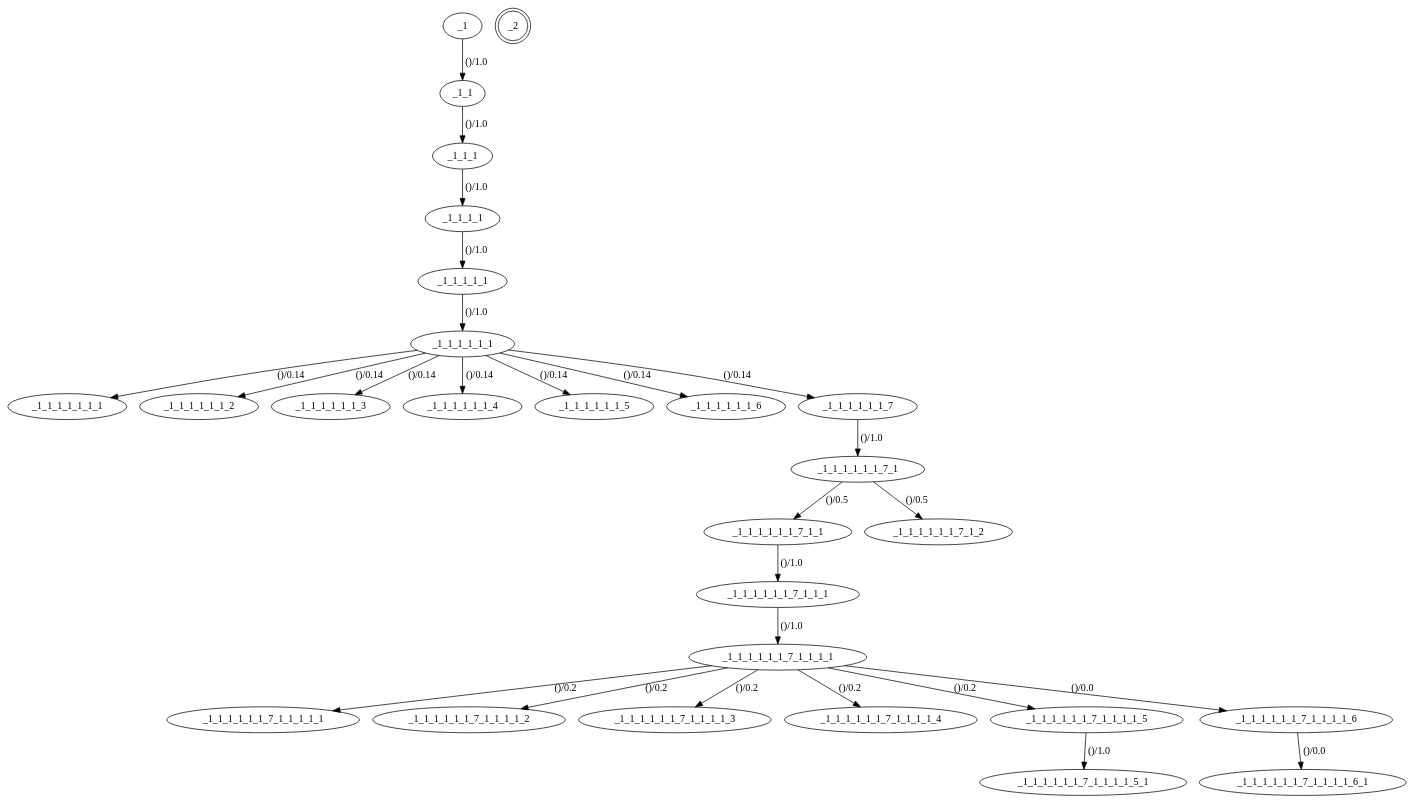
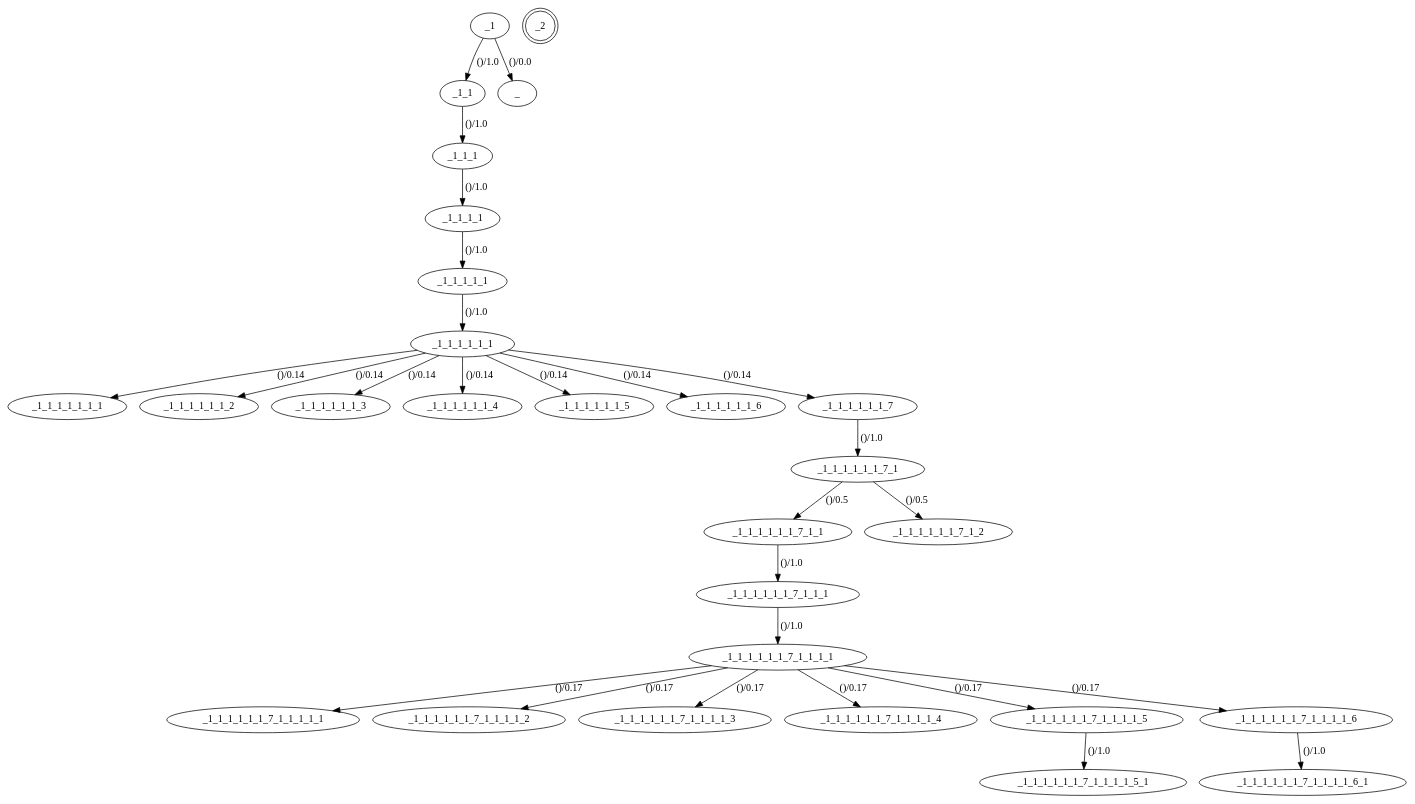
One commit to helttu/slideco-tests changed the diagram in qauto_deco/pagemodel/structure.gv. Above: the diagram before and after it, drawn with Graphviz. The commit also changed 2 other files, not shown here.

```diff
--- a/qauto_deco/pagemodel/structure.gv
+++ b/qauto_deco/pagemodel/structure.gv
@@ -1,56 +1,57 @@
 digraph default_model {
 //States
 _1
 _1_1_1
 _1_1
 _1_1_1_1
 _1_1_1_1_1
 _1_1_1_1_1_1
 _1_1_1_1_1_1_1
 _1_1_1_1_1_1_2
 _1_1_1_1_1_1_3
 _1_1_1_1_1_1_4
 _1_1_1_1_1_1_5
 _1_1_1_1_1_1_6
 _1_1_1_1_1_1_7
 _1_1_1_1_1_1_7_1
 _1_1_1_1_1_1_7_1_1
 _1_1_1_1_1_1_7_1_1_1
 _1_1_1_1_1_1_7_1_1_1_1
 _1_1_1_1_1_1_7_1_1_1_1_1
 _1_1_1_1_1_1_7_1_1_1_1_2
 _1_1_1_1_1_1_7_1_1_1_1_3
 _1_1_1_1_1_1_7_1_1_1_1_4
 _1_1_1_1_1_1_7_1_1_1_1_5
 _1_1_1_1_1_1_7_1_1_1_1_5_1
 _1_1_1_1_1_1_7_1_2
 _1_1_1_1_1_1_7_1_1_1_1_6
 _1_1_1_1_1_1_7_1_1_1_1_6_1
 _2[shape = "doublecircle"]
 //Transitions
 _1 -> _1_1[ label = "()/1.0", probability = "1.0", set_guard = "(u'', u'')", check_guard = "(u'', u'')", edge_id = "fc549930-c01f-11e5-bdbc-a94980e8de8d"]
 _1_1 -> _1_1_1[ label = "()/1.0", probability = "1.0", set_guard = "(u'', u'')", check_guard = "(u'', u'')", edge_id = "fe4879ee-c01f-11e5-8b18-a94980e8de8d"]
 _1_1_1 -> _1_1_1_1[ label = "()/1.0", probability = "1.0", set_guard = "(u'', u'')", check_guard = "(u'', u'')", edge_id = "ac323121-c02d-11e5-8503-a94980e8de8d"]
 _1_1_1_1 -> _1_1_1_1_1[ label = "()/1.0", probability = "1.0", set_guard = "(u'', u'')", check_guard = "(u'', u'')", edge_id = "2e873671-c02e-11e5-a260-a94980e8de8d"]
 _1_1_1_1_1 -> _1_1_1_1_1_1[ label = "()/1.0", probability = "1.0", set_guard = "(u'', u'')", check_guard = "(u'', u'')", edge_id = "fa83d631-c032-11e5-aabc-a94980e8de8d"]
 _1_1_1_1_1_1 -> _1_1_1_1_1_1_1[ label = "()/0.14", probability = "0.142857142857", set_guard = "(u'', u'')", check_guard = "(u'', u'')", edge_id = "8bbcdc9f-c038-11e5-88a6-a94980e8de8d"]
 _1_1_1_1_1_1 -> _1_1_1_1_1_1_2[ label = "()/0.14", probability = "0.142857142857", set_guard = "(u'', u'')", check_guard = "(u'', u'')", edge_id = "e2cac7ef-c038-11e5-b7d3-a94980e8de8d"]
 _1_1_1_1_1_1 -> _1_1_1_1_1_1_3[ label = "()/0.14", probability = "0.142857142857", set_guard = "(u'', u'')", check_guard = "(u'', u'')", edge_id = "0b82f9ae-c039-11e5-b3ff-a94980e8de8d"]
 _1_1_1_1_1_1 -> _1_1_1_1_1_1_4[ label = "()/0.14", probability = "0.142857142857", set_guard = "(u'', u'')", check_guard = "(u'', u'')", edge_id = "3bceb6e2-c039-11e5-9122-a94980e8de8d"]
 _1_1_1_1_1_1 -> _1_1_1_1_1_1_5[ label = "()/0.14", probability = "0.142857142857", set_guard = "(u'', u'')", check_guard = "(u'', u'')", edge_id = "fdcfa1a1-c039-11e5-8b14-a94980e8de8d"]
 _1_1_1_1_1_1 -> _1_1_1_1_1_1_6[ label = "()/0.14", probability = "0.142857142857", set_guard = "(u'', u'')", check_guard = "(u'', u'')", edge_id = "ff775e30-c039-11e5-93ba-a94980e8de8d"]
 _1_1_1_1_1_1 -> _1_1_1_1_1_1_7[ label = "()/0.14", probability = "0.142857142857", set_guard = "(u'', u'')", check_guard = "(u'', u'')", edge_id = "01636f5f-c03d-11e5-94c1-a94980e8de8d"]
 _1_1_1_1_1_1_7 -> _1_1_1_1_1_1_7_1[ label = "()/1.0", probability = "1.0", set_guard = "(u'', u'')", check_guard = "(u'', u'')", edge_id = "63c5beb1-c03d-11e5-986f-a94980e8de8d"]
 _1_1_1_1_1_1_7_1 -> _1_1_1_1_1_1_7_1_1[ label = "()/0.5", probability = "0.5", set_guard = "(u'', u'')", check_guard = "(u'', u'')", edge_id = "81ed66c1-c03f-11e5-b923-a94980e8de8d"]
 _1_1_1_1_1_1_7_1_1 -> _1_1_1_1_1_1_7_1_1_1[ label = "()/1.0", probability = "1.0", set_guard = "(u'', u'')", check_guard = "(u'', u'')", edge_id = "80083690-c040-11e5-a873-a94980e8de8d"]
 _1_1_1_1_1_1_7_1_1_1 -> _1_1_1_1_1_1_7_1_1_1_1[ label = "()/1.0", probability = "1.0", set_guard = "(u'', u'')", check_guard = "(u'', u'')", edge_id = "110f70e2-c041-11e5-8143-a94980e8de8d"]
-_1_1_1_1_1_1_7_1_1_1_1 -> _1_1_1_1_1_1_7_1_1_1_1_1[ label = "()/0.2", probability = "0.2", set_guard = "(u'', u'')", check_guard = "(u'', u'')", edge_id = "cb99f522-c041-11e5-8451-a94980e8de8d"]
-_1_1_1_1_1_1_7_1_1_1_1 -> _1_1_1_1_1_1_7_1_1_1_1_2[ label = "()/0.2", probability = "0.2", set_guard = "(u'', u'')", check_guard = "(u'', u'')", edge_id = "018954a1-c042-11e5-88d0-a94980e8de8d"]
-_1_1_1_1_1_1_7_1_1_1_1 -> _1_1_1_1_1_1_7_1_1_1_1_3[ label = "()/0.2", probability = "0.2", set_guard = "(u'', u'')", check_guard = "(u'', u'')", edge_id = "2f99eede-c042-11e5-a975-a94980e8de8d"]
-_1_1_1_1_1_1_7_1_1_1_1 -> _1_1_1_1_1_1_7_1_1_1_1_4[ label = "()/0.2", probability = "0.2", set_guard = "(u'', u'')", check_guard = "(u'', u'')", edge_id = "59dcb841-c042-11e5-a3d8-a94980e8de8d"]
-_1_1_1_1_1_1_7_1_1_1_1 -> _1_1_1_1_1_1_7_1_1_1_1_5[ label = "()/0.2", probability = "0.2", set_guard = "(u'', u'')", check_guard = "(u'', u'')", edge_id = "9ddb07e2-c042-11e5-a824-a94980e8de8d"]
+_1_1_1_1_1_1_7_1_1_1_1 -> _1_1_1_1_1_1_7_1_1_1_1_1[ label = "()/0.17", probability = "0.166666666667", set_guard = "(u'', u'')", check_guard = "(u'', u'')", edge_id = "cb99f522-c041-11e5-8451-a94980e8de8d"]
+_1_1_1_1_1_1_7_1_1_1_1 -> _1_1_1_1_1_1_7_1_1_1_1_2[ label = "()/0.17", probability = "0.166666666667", set_guard = "(u'', u'')", check_guard = "(u'', u'')", edge_id = "018954a1-c042-11e5-88d0-a94980e8de8d"]
+_1_1_1_1_1_1_7_1_1_1_1 -> _1_1_1_1_1_1_7_1_1_1_1_3[ label = "()/0.17", probability = "0.166666666667", set_guard = "(u'', u'')", check_guard = "(u'', u'')", edge_id = "2f99eede-c042-11e5-a975-a94980e8de8d"]
+_1_1_1_1_1_1_7_1_1_1_1 -> _1_1_1_1_1_1_7_1_1_1_1_4[ label = "()/0.17", probability = "0.166666666667", set_guard = "(u'', u'')", check_guard = "(u'', u'')", edge_id = "59dcb841-c042-11e5-a3d8-a94980e8de8d"]
+_1_1_1_1_1_1_7_1_1_1_1 -> _1_1_1_1_1_1_7_1_1_1_1_5[ label = "()/0.17", probability = "0.166666666667", set_guard = "(u'', u'')", check_guard = "(u'', u'')", edge_id = "9ddb07e2-c042-11e5-a824-a94980e8de8d"]
 _1_1_1_1_1_1_7_1_1_1_1_5 -> _1_1_1_1_1_1_7_1_1_1_1_5_1[ label = "()/1.0", probability = "1.0", set_guard = "(u'', u'')", check_guard = "(u'', u'')", edge_id = "a6ca075e-c0c0-11e5-bbbb-a94980e8de8d"]
 _1_1_1_1_1_1_7_1 -> _1_1_1_1_1_1_7_1_2[ label = "()/0.5", probability = "0.5", set_guard = "(u'', u'')", check_guard = "(u'', u'')", edge_id = "90f4aa10-c0c2-11e5-9162-a94980e8de8d"]
-_1_1_1_1_1_1_7_1_1_1_1 -> _1_1_1_1_1_1_7_1_1_1_1_6[ label = "()/0.0", probability = "0.0", set_guard = "('', '')", check_guard = "('', '')", edge_id = "07bfa41e-c59f-11e5-ac9f-2c600cd4c6d7"]
-_1_1_1_1_1_1_7_1_1_1_1_6 -> _1_1_1_1_1_1_7_1_1_1_1_6_1[ label = "()/0.0", probability = "0.0", set_guard = "('', '')", check_guard = "('', '')", edge_id = "b18e8770-c5a2-11e5-922c-2c600cd4c6d7"]
+_1_1_1_1_1_1_7_1_1_1_1 -> _1_1_1_1_1_1_7_1_1_1_1_6[ label = "()/0.17", probability = "0.166666666667", set_guard = "(u'', u'')", check_guard = "(u'', u'')", edge_id = "07bfa41e-c59f-11e5-ac9f-2c600cd4c6d7"]
+_1_1_1_1_1_1_7_1_1_1_1_6 -> _1_1_1_1_1_1_7_1_1_1_1_6_1[ label = "()/1.0", probability = "1.0", set_guard = "(u'', u'')", check_guard = "(u'', u'')", edge_id = "b18e8770-c5a2-11e5-922c-2c600cd4c6d7"]
+_1 -> _[ label = "()/0.0", probability = "0.0", set_guard = "('', '')", check_guard = "('', '')", edge_id = "f0ffd800-c66a-11e5-8f83-2c600cd4c6d7"]
 }
```
